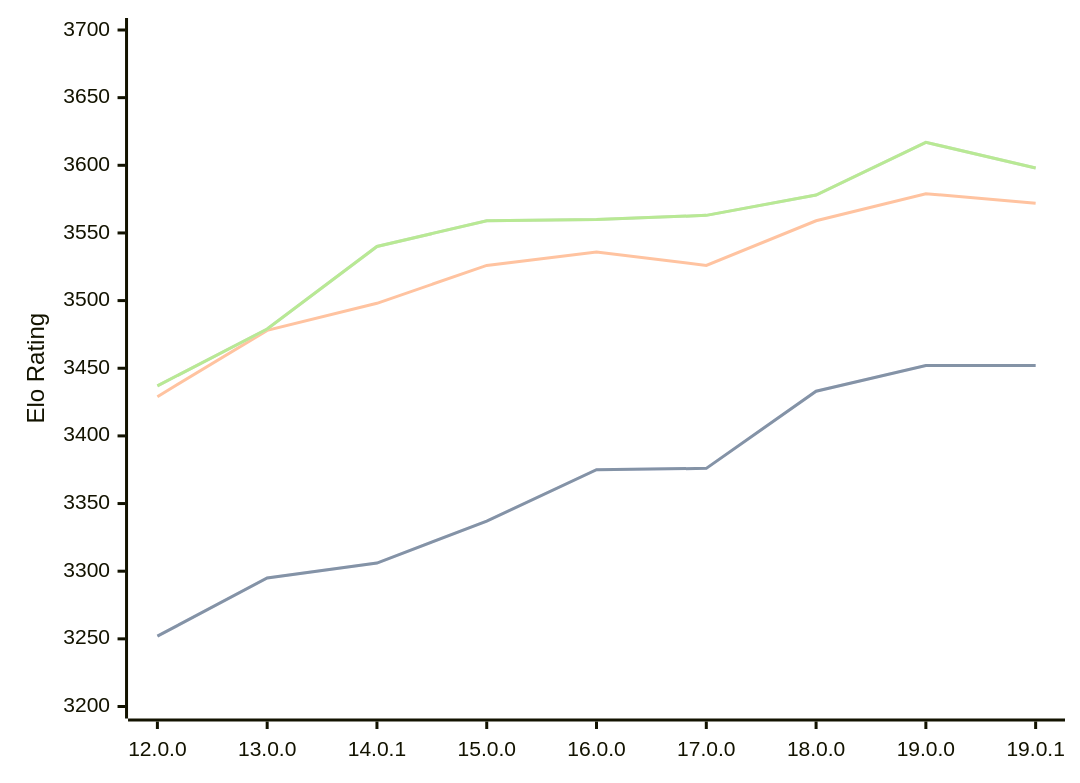
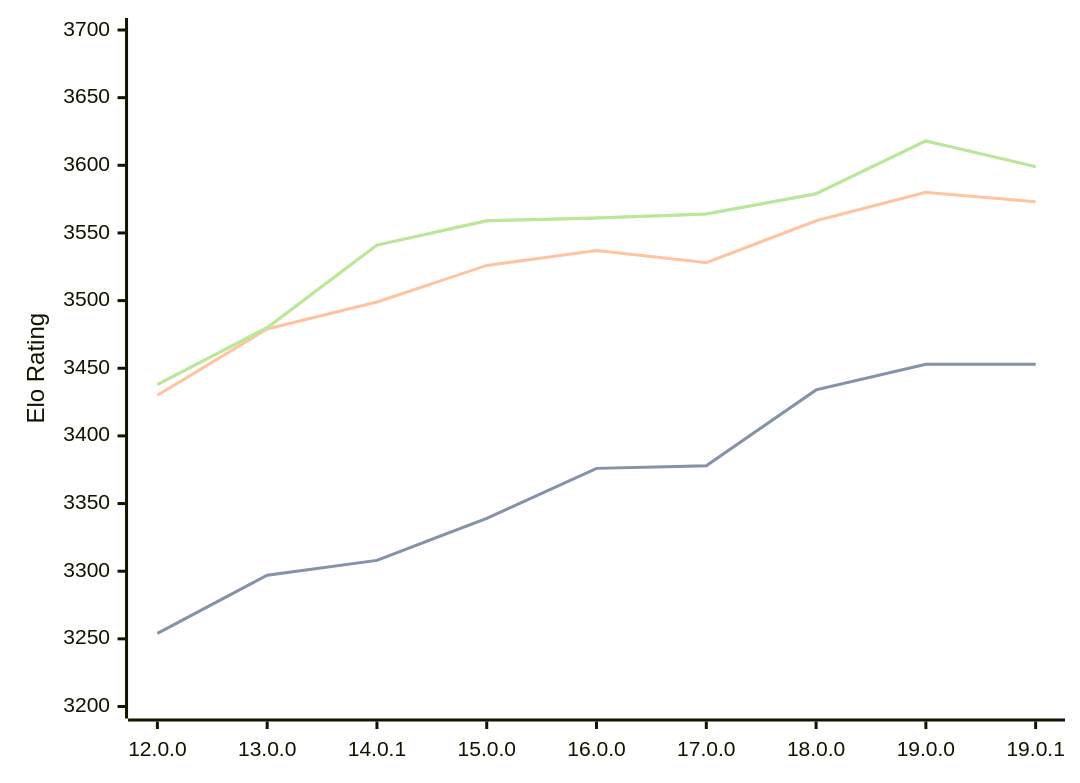
One commit to computer-chess-index/cci changed the diagram in engines/Viridithas.md. Above: the diagram before and after it, drawn with Mermaid. The commit also changed other lines of this file, not shown here.

Commit message:
Update CCI Ratings (ELO VLTC) - 2026-05-06

````diff
--- a/engines/Viridithas.md
+++ b/engines/Viridithas.md
@@ -63,11 +63,11 @@
 ```mermaid
 %%{init: {"theme":"base","themeVariables":{"seriesColors:['#a3a3a3','#222221','#faa371']}}}%%
 xychart-beta
   x-axis ["12.0.0", "13.0.0", "14.0.1", "15.0.0", "16.0.0", "17.0.0", "18.0.0", "19.0.0", "19.0.1"]
   y-axis "Elo Rating" 3200 --> 3700
-  line "STC (8.0+0.08s)" [3252, 3295, 3306, 3337, 3375, 3376, 3433, 3452, 3452]
-  line "STC (8.0+0.08s)" [3252, 3295, 3306, 3337, 3375, 3376, 3433, 3452, 3452]
-  line "LTC (60.0+0.60s)" [3429, 3478, 3498, 3526, 3536, 3526, 3559, 3579, 3572]
-  line "VLTC (2m24s+1.12s)" [3437, 3479, 3540, 3559, 3560, 3563, 3578, 3617, 3598]
-  line "VLTC (2m24s+1.12s)" [3437, 3479, 3540, 3559, 3560, 3563, 3578, 3617, 3598]
+  line "STC (8.0+0.08s)" [3254, 3297, 3308, 3339, 3376, 3378, 3434, 3453, 3453]
+  line "STC (8.0+0.08s)" [3254, 3297, 3308, 3339, 3376, 3378, 3434, 3453, 3453]
+  line "LTC (60.0+0.60s)" [3430, 3479, 3499, 3526, 3537, 3528, 3559, 3580, 3573]
+  line "VLTC (2m24s+1.12s)" [3438, 3480, 3541, 3559, 3561, 3564, 3579, 3618, 3599]
+  line "VLTC (2m24s+1.12s)" [3438, 3480, 3541, 3559, 3561, 3564, 3579, 3618, 3599]
 ```
````
